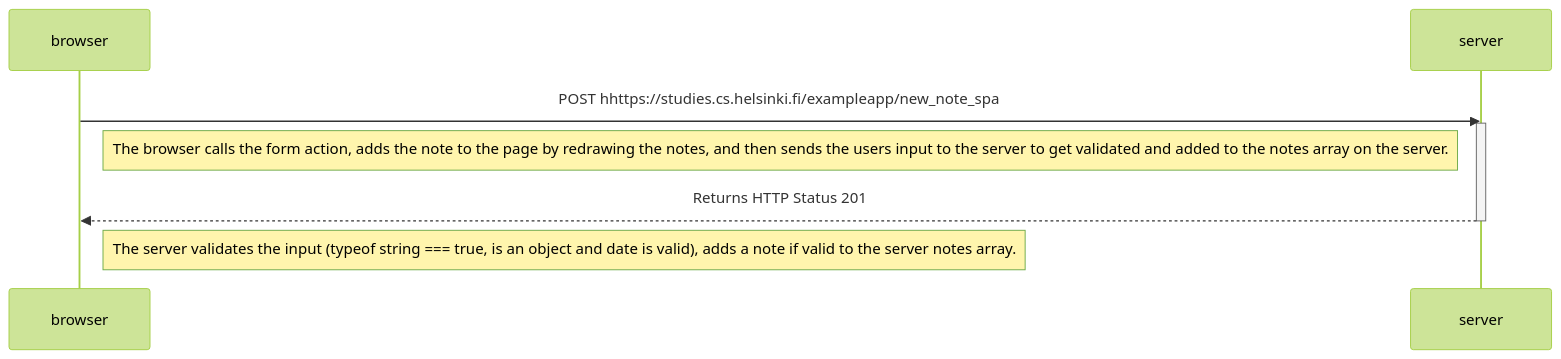
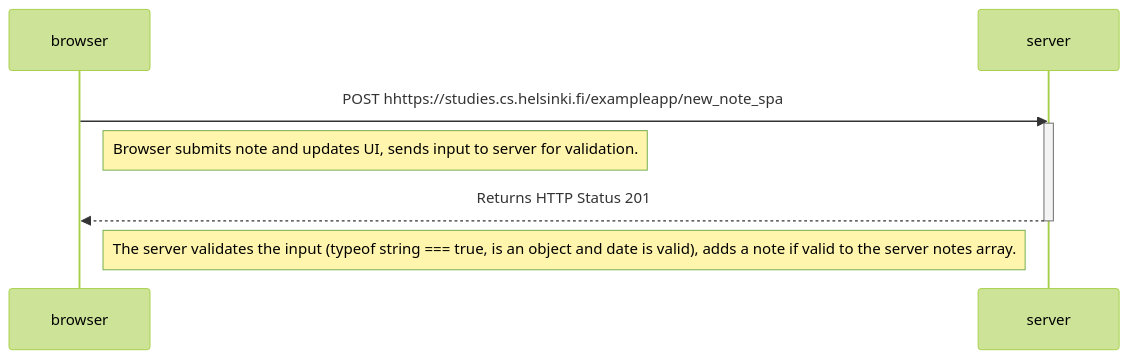
Before and after one commit to JMTC-dev/fullstackopen: the diagram in part0/0.6 - New note in Single Page app diagram/diagram_code.md, drawn with Mermaid (forest theme).

Commit message:
feat: condense text on diagram

````diff
--- a/part0/0.6 - New note in Single Page app diagram/diagram_code.md
+++ b/part0/0.6 - New note in Single Page app diagram/diagram_code.md
@@ -1,13 +1,13 @@
 ```mermaid
 sequenceDiagram
     participant browser
     participant server
 
     browser->>server: POST hhttps://studies.cs.helsinki.fi/exampleapp/new_note_spa
     activate server
-    Note right of browser: The browser calls the form action, adds the note to the page by redrawing the notes, and then sends the users input to the server to get validated and added to the notes array on the server.
+    Note right of browser: Browser submits note and updates UI, sends input to server for validation.
 
     server-->>browser: Returns HTTP Status 201
     deactivate server
     Note right of browser: The server validates the input (typeof string === true, is an object and date is valid), adds a note if valid to the server notes array.
 ```
````
